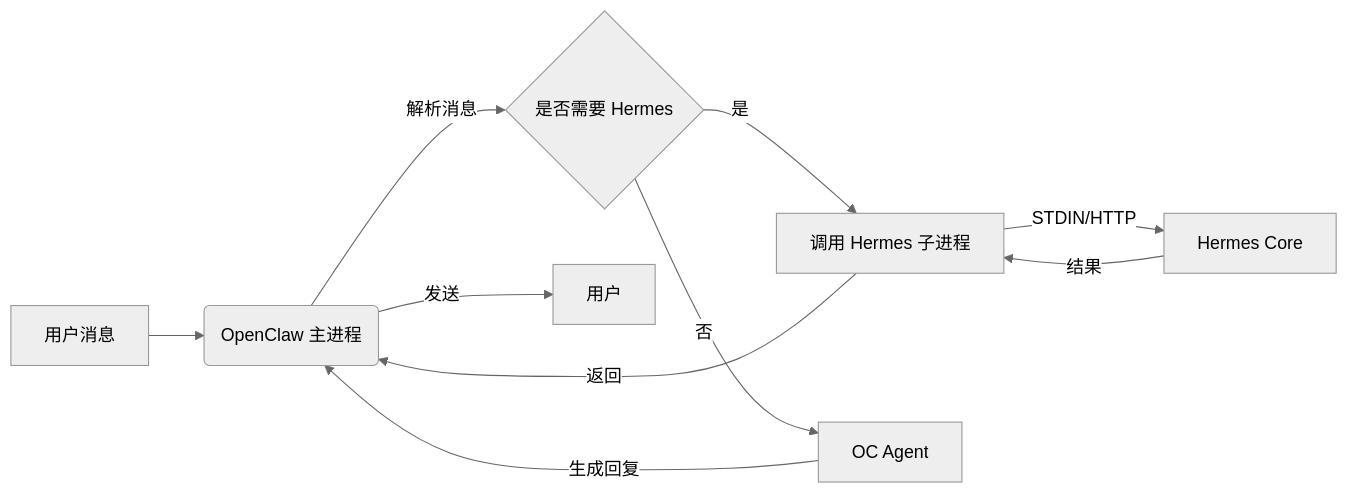
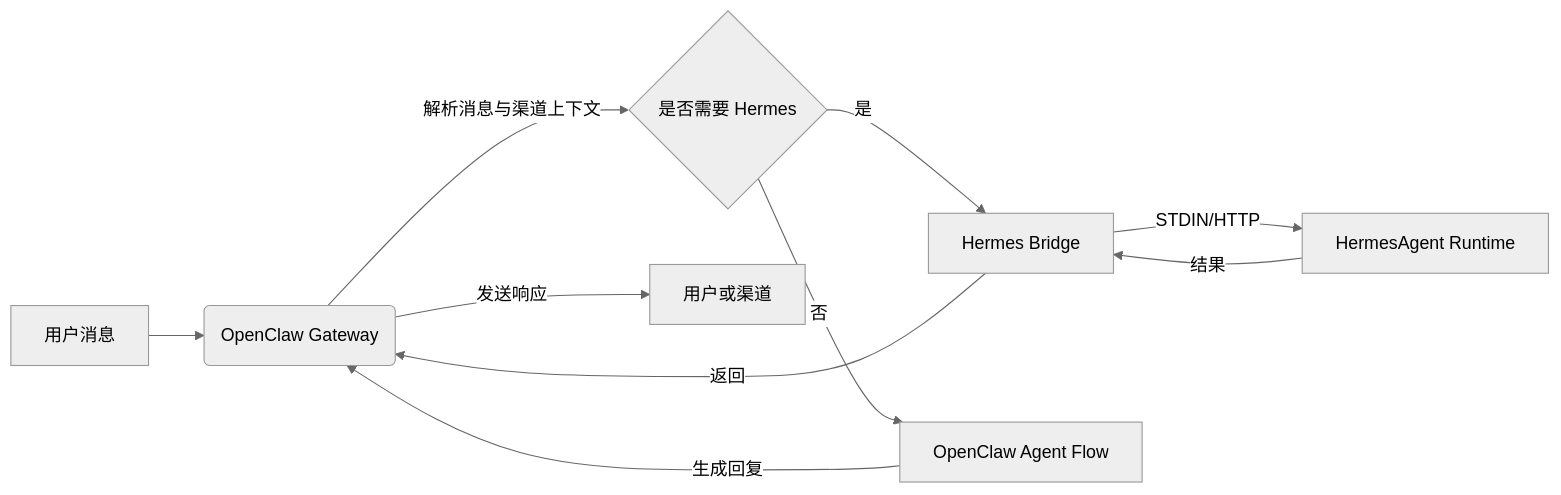
Before and after one commit to NextAgentX/HermesClaw: the diagram in README_CN.md, drawn with Mermaid (neutral theme). The commit also changed other lines of this file and 24 other files, not shown here.

````diff
--- a/README_CN.md
+++ b/README_CN.md
@@ -40,12 +91,12 @@
 ```mermaid
 graph LR
-  A[用户消息] --> OC(OpenClaw 主进程)
-  OC -->|解析消息| B{是否需要 Hermes}
-  B -- 是 --> CallHermes[调用 Hermes 子进程]
-  CallHermes -->|STDIN/HTTP| HermesCore[Hermes Core]
+  A[用户消息] --> OC(OpenClaw Gateway)
+  OC -->|解析消息与渠道上下文| B{是否需要 Hermes}
+  B -- 是 --> CallHermes[Hermes Bridge]
+  CallHermes -->|STDIN/HTTP| HermesCore[HermesAgent Runtime]
   HermesCore -->|结果| CallHermes
   CallHermes -->|返回| OC
-  B -- 否 --> OCAgent[OC Agent]
+  B -- 否 --> OCAgent[OpenClaw Agent Flow]
   OCAgent -->|生成回复| OC
-  OC -->|发送| C[用户]
+  OC -->|发送响应| C[用户或渠道]
 ```
````
